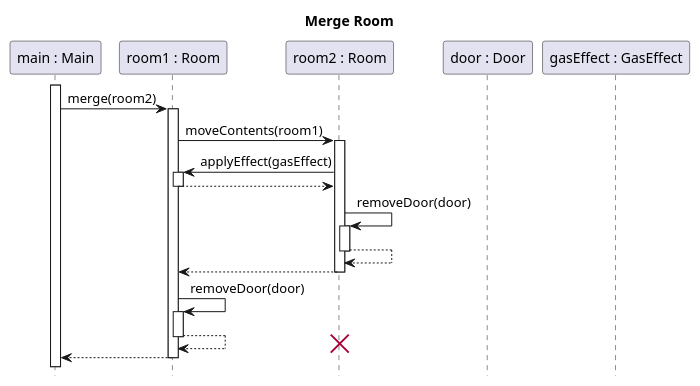
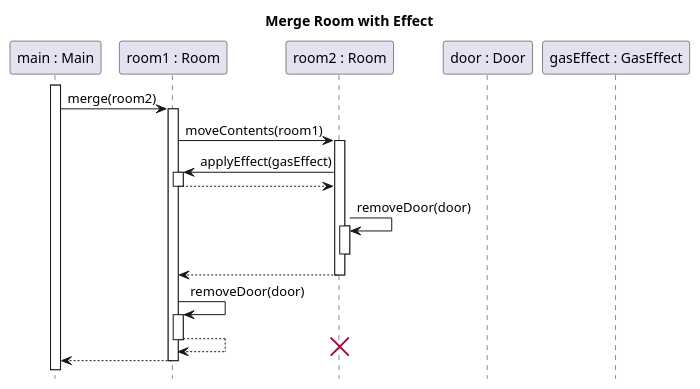
The diagram in docs/diagrams/test-sequence/room-merge-with-effect.puml (sn4k3ch4rm3r/logarlec), drawn with PlantUML before and after one commit. The commit also changed 8 other files, not shown here.

Commit message:
Fixing some test-(create)-sequence diagrams

```diff
--- a/docs/diagrams/test-sequence/room-merge-with-effect.puml
+++ b/docs/diagrams/test-sequence/room-merge-with-effect.puml
@@ -1,25 +1,25 @@
 @startuml room-merge-with-effect
-title Merge Room
+title Merge Room with Effect
 hide footbox
 skinparam SequenceReferenceBackgroundColor white
 
 participant "main : Main" as main
 participant "room1 : Room" as r1
 participant "room2 : Room" as r2
 participant "door : Door" as door
 participant "gasEffect : GasEffect" as gasEffect
 
 main++
 main-> r1 ++: merge(room2)
     r1 -> r2 ++: moveContents(room1)
         r2 -> r1 ++: applyEffect(gasEffect)
         return
         r2 -> r2 ++ : removeDoor(door)
-        return
+        deactivate 
     return
     r1 -> r1 ++: removeDoor(door)
     return
 destroy r2
 return
 
 @enduml
```
